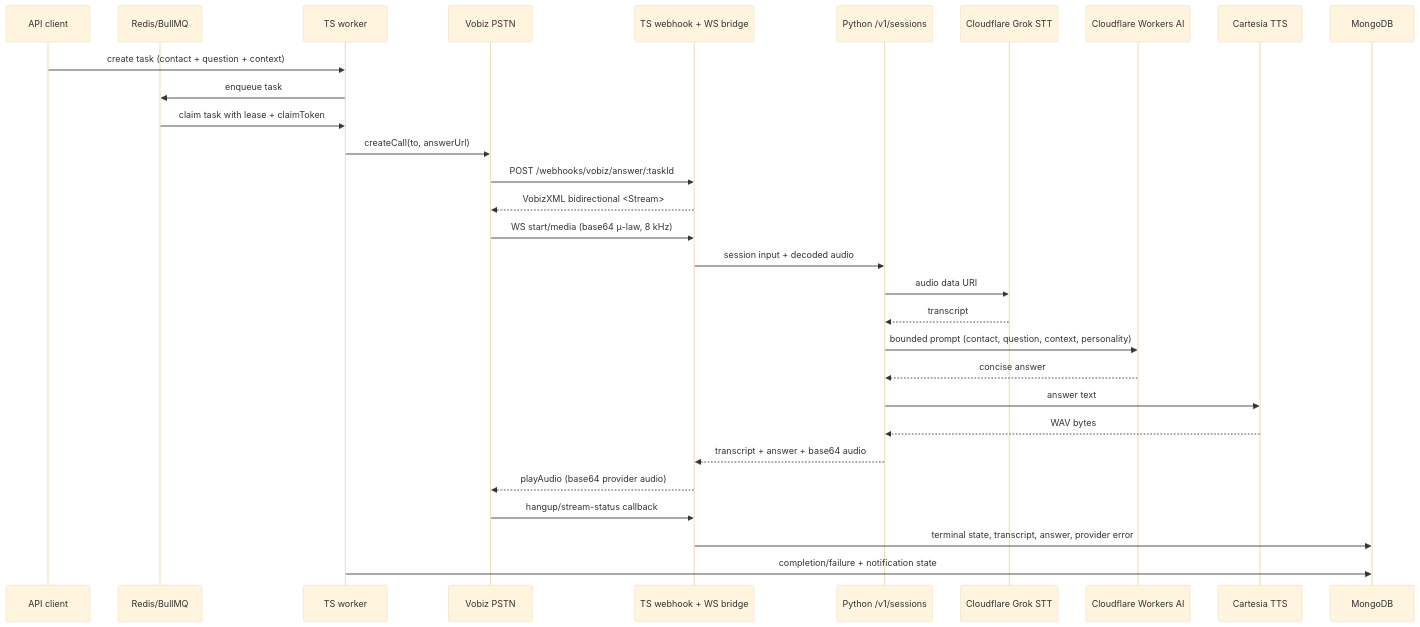
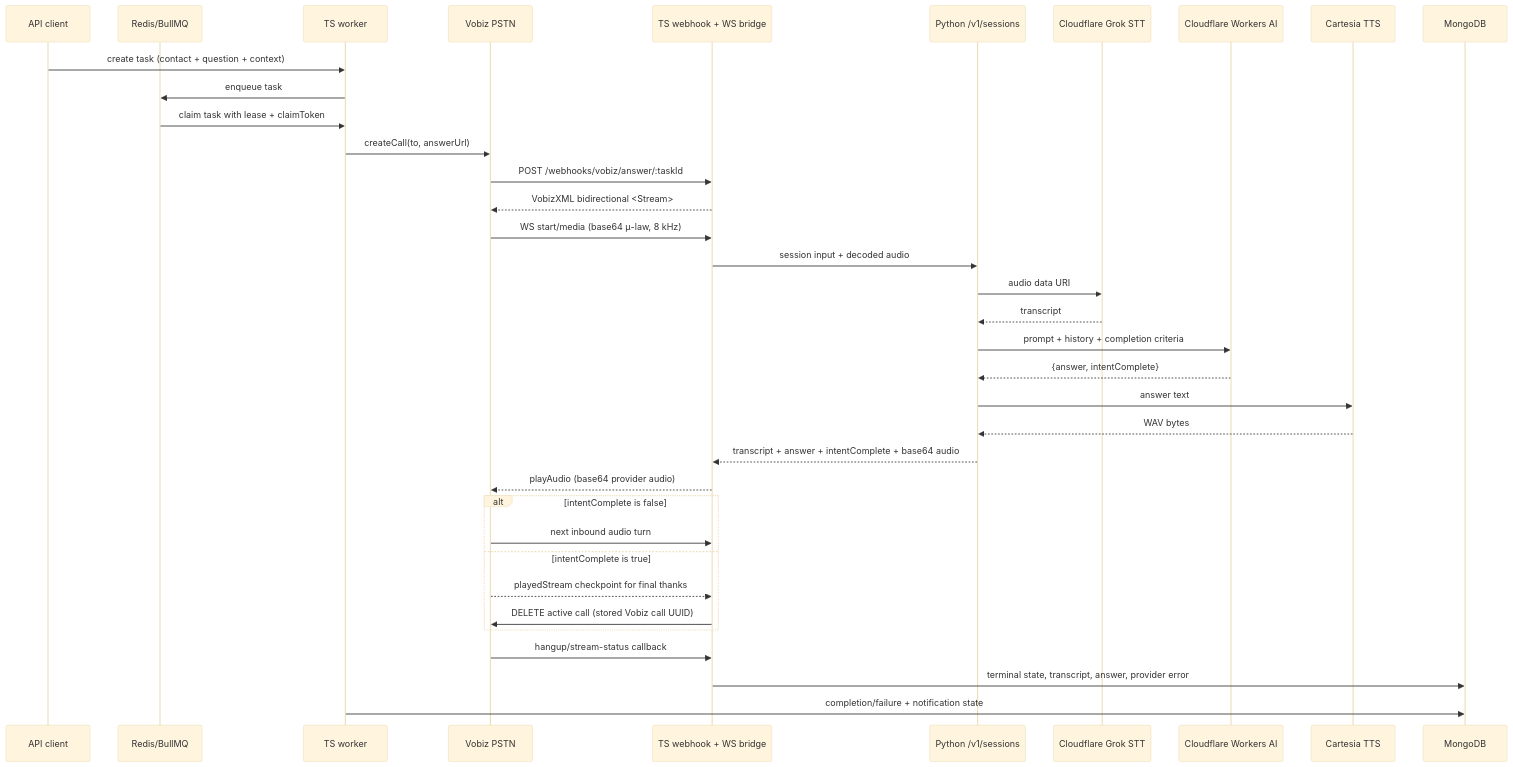
Before and after one commit to aryanc381/call-agent: the third of 3 diagrams in plans/voice-call-agent-phase-1-3.md, drawn with Mermaid (base theme). The commit also changed other lines of this file and 10 other files, not shown here.

Commit message:
feat(calls): complete intents after final reply

````diff
--- a/plans/voice-call-agent-phase-1-3.md
+++ b/plans/voice-call-agent-phase-1-3.md
@@ -406,33 +409,39 @@
 ```mermaid
 sequenceDiagram
   participant C as API client
   participant Q as Redis/BullMQ
   participant W as TS worker
   participant V as Vobiz PSTN
   participant H as TS webhook + WS bridge
   participant B as Python /v1/sessions
   participant S as Cloudflare Grok STT
   participant L as Cloudflare Workers AI
   participant T as Cartesia TTS
   participant M as MongoDB
 
   C->>W: create task (contact + question + context)
   W->>Q: enqueue task
   Q->>W: claim task with lease + claimToken
   W->>V: createCall(to, answerUrl)
   V->>H: POST /webhooks/vobiz/answer/:taskId
   H-->>V: VobizXML bidirectional <Stream>
   V->>H: WS start/media (base64 μ-law, 8 kHz)
   H->>B: session input + decoded audio
   B->>S: audio data URI
   S-->>B: transcript
-  B->>L: bounded prompt (contact, question, context, personality)
-  L-->>B: concise answer
+  B->>L: prompt + history + completion criteria
+  L-->>B: {answer, intentComplete}
   B->>T: answer text
   T-->>B: WAV bytes
-  B-->>H: transcript + answer + base64 audio
+  B-->>H: transcript + answer + intentComplete + base64 audio
   H-->>V: playAudio (base64 provider audio)
+  alt intentComplete is false
+    V->>H: next inbound audio turn
+  else intentComplete is true
+    V-->>H: playedStream checkpoint for final thanks
+    H->>V: DELETE active call (stored Vobiz call UUID)
+  end
   V->>H: hangup/stream-status callback
   H->>M: terminal state, transcript, answer, provider error
   W->>M: completion/failure + notification state
 ```
````
